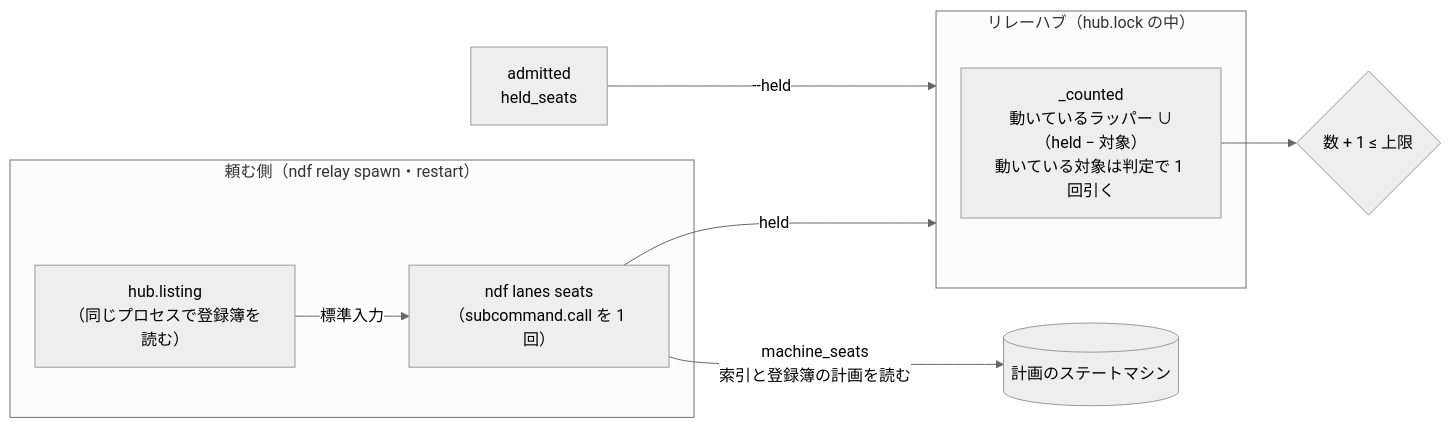
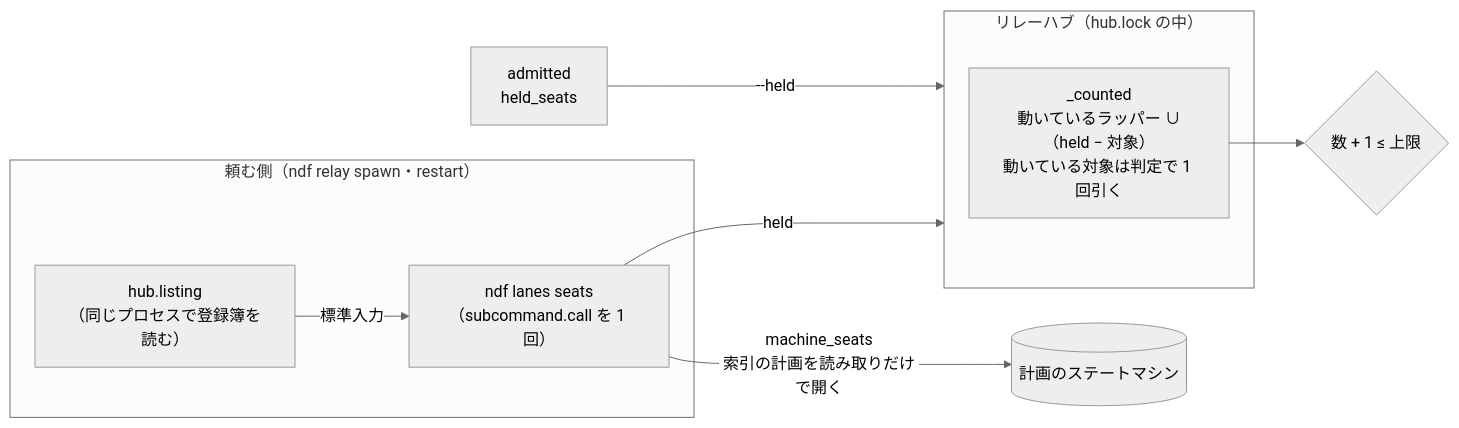
Before and after one commit to devbasex/ai-plugins: the second of 2 diagrams in issues/issue-4044-design.md, drawn with Mermaid (neutral theme). The commit also changed other lines of this file and 1 other file, not shown here.

````diff
--- a/issues/issue-4044-design.md
+++ b/issues/issue-4044-design.md
@@ -47,13 +47,13 @@
 ```mermaid
 flowchart LR
   subgraph REQ["頼む側（ndf relay spawn・restart）"]
     L["hub.listing<br>（同じプロセスで登録簿を読む）"] -- "標準入力" --> S["ndf lanes seats<br>（subcommand.call を 1 回）"]
   end
-  S -- "machine_seats<br>索引と登録簿の計画を読む" --> SM[("計画のステートマシン")]
+  S -- "machine_seats<br>索引の計画を読み取りだけで開く" --> SM[("計画のステートマシン")]
   AD["admitted<br>held_seats"] -- "--held" --> HUB
   S -- "held" --> HUB
   subgraph HUB["リレーハブ（hub.lock の中）"]
     C["_counted<br>動いているラッパー ∪（held − 対象）<br>動いている対象は判定で 1 回引く"]
   end
   C --> J{"数 + 1 ≤ 上限"}
 ```
````
